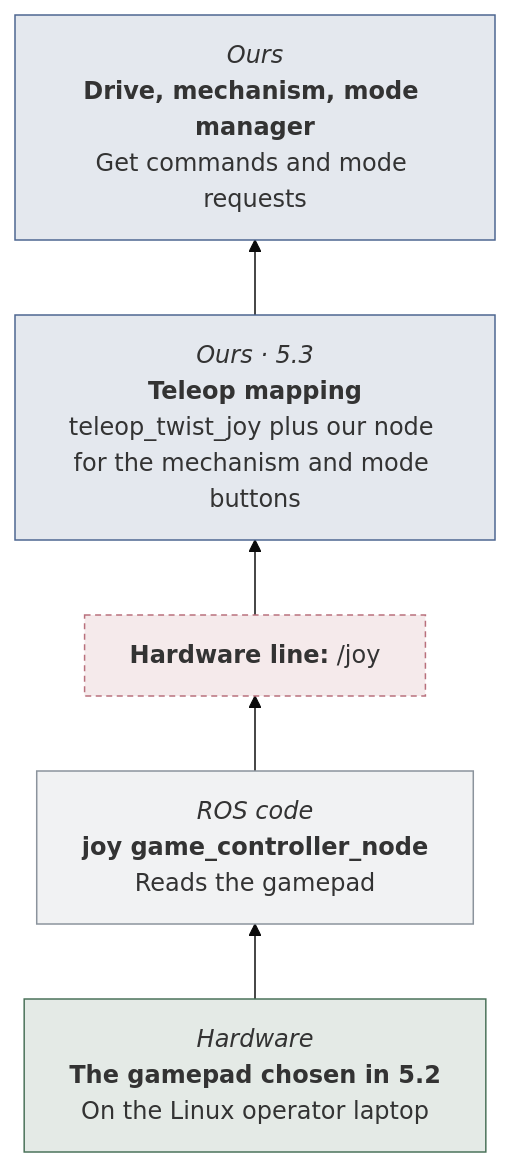
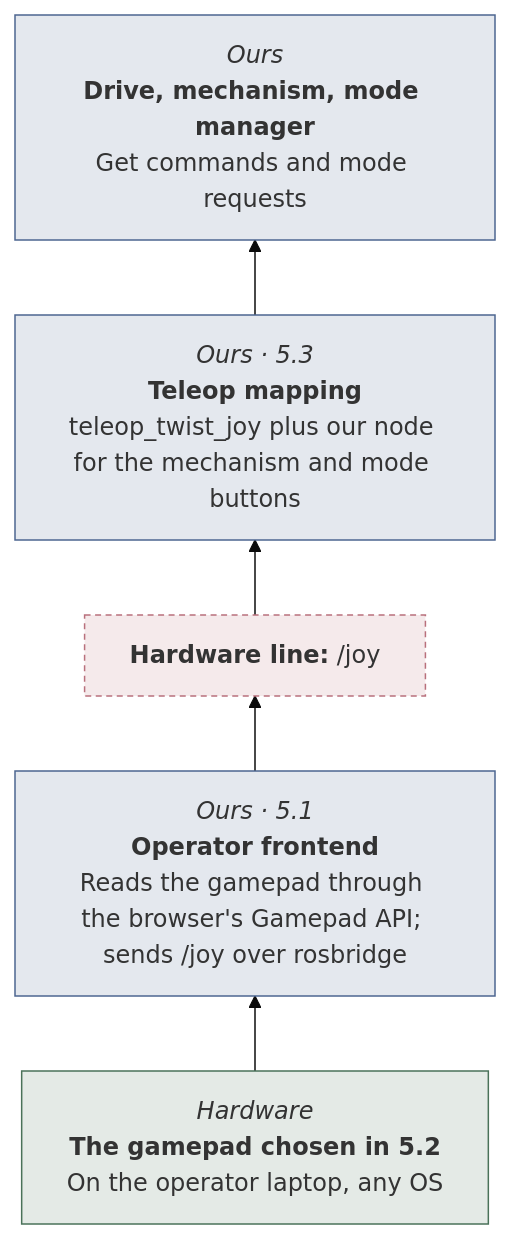
One commit to STAR-Robotics-Team/starrt-luna-software changed diagram 26 of 30 in docs/design/hardware-test-modes.md. Above: the diagram before and after it, drawn with Mermaid (base theme). The commit also changed other lines of this file and 3 other files, not shown here.

First line of the commit message:
Match the design docs to the rosbridge operator station

````diff
--- a/docs/design/hardware-test-modes.md
+++ b/docs/design/hardware-test-modes.md
@@ -1270,35 +1270,35 @@
 ```mermaid
 ---
 config:
   flowchart:
     wrappingWidth: 260
 ---
 flowchart BT
   b1["`*Ours*
 **Drive, mechanism, mode manager**
 Get commands and mode requests`"]
   b2["`*Ours · 5.3*
 **Teleop mapping**
 teleop_twist_joy plus our node for the mechanism and mode buttons`"]
   line3["`**Hardware line:** /joy`"]
-  b4["`*ROS code*
-**joy game_controller_node**
-Reads the gamepad`"]
+  b4["`*Ours · 5.1*
+**Operator frontend**
+Reads the gamepad through the browser's Gamepad API; sends /joy over rosbridge`"]
   b5["`*Hardware*
 **The gamepad chosen in 5.2**
-On the Linux operator laptop`"]
+On the operator laptop, any OS`"]
   b2 --> b1
   line3 --> b2
   b4 --> line3
   b5 --> b4
   classDef ours fill:#4c669026,stroke:#4c6690
   classDef ros fill:#8b939c1f,stroke:#8b939c
   classDef stand fill:#b0844526,stroke:#b08445
   classDef hw fill:#4a725926,stroke:#4a7259
   classDef hwline fill:#b9707c26,stroke:#b9707c,stroke-dasharray:4 3
   classDef ghost fill:none,stroke:#8b939c,stroke-dasharray:4 4,color:#8b939c
   class b1,b2 ours
   class line3 hwline
-  class b4 ros
+  class b4 ours
   class b5 hw
 ```
````
